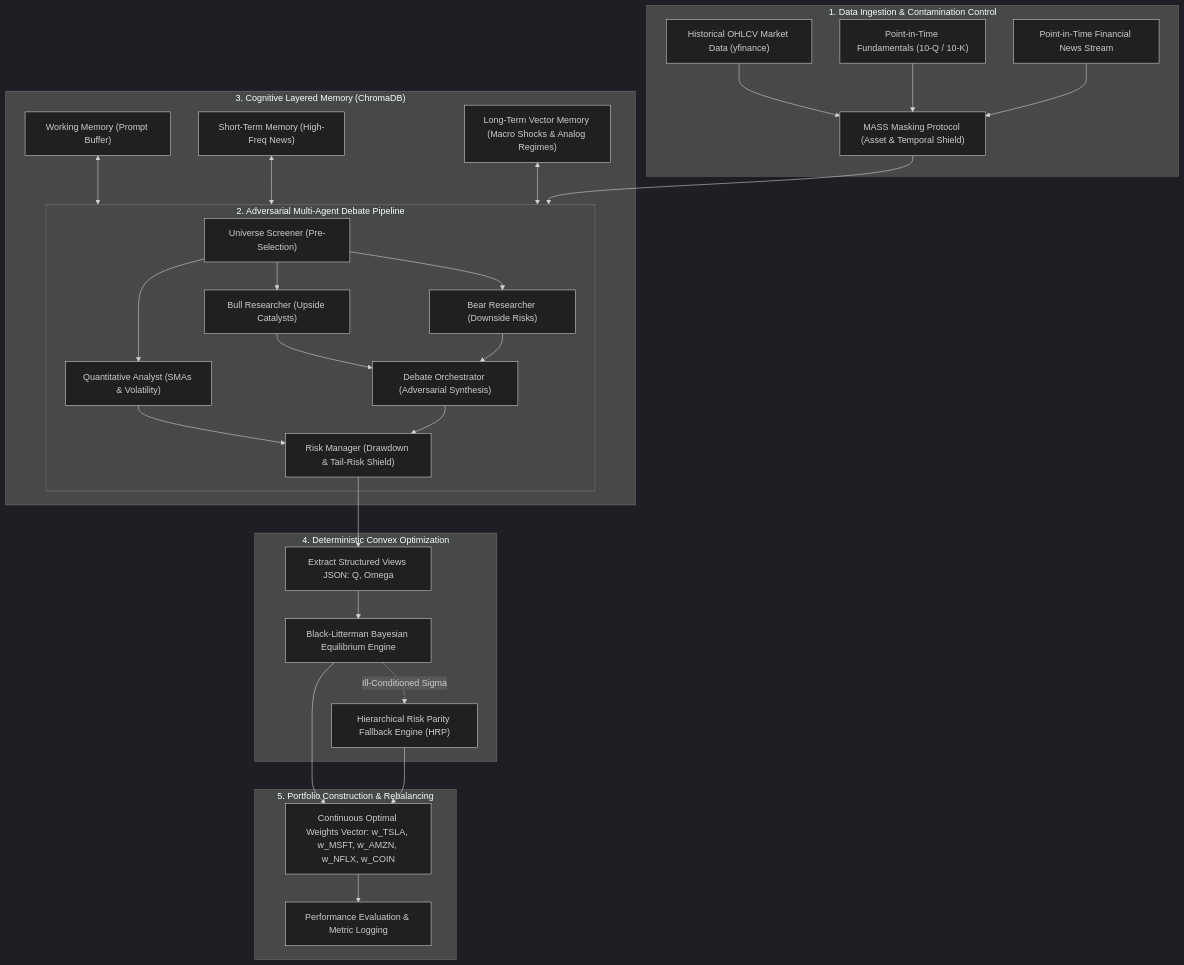
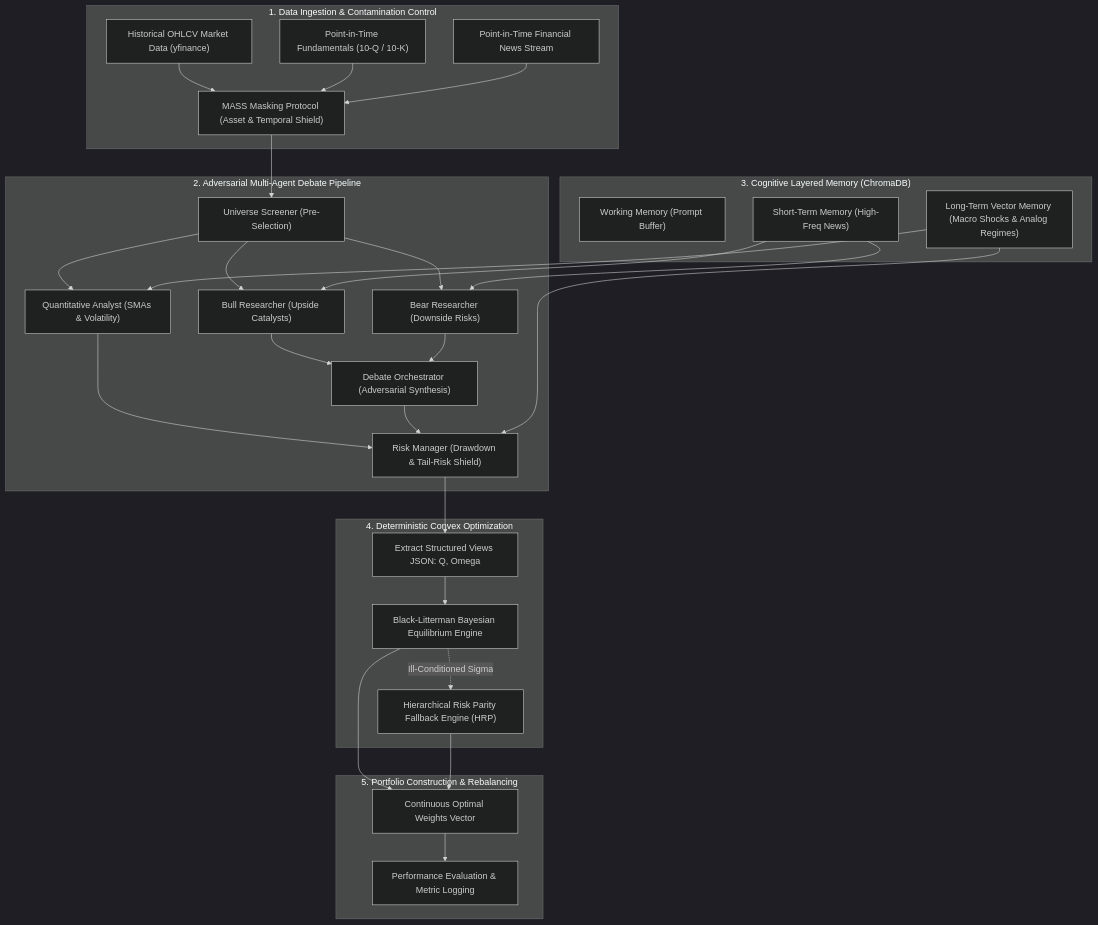
One commit to VibhorShukla-BHRT/Portfolio-Management changed the first of 8 diagrams in MASTER_PROJECT_DOCUMENTATION.md. Above: the diagram before and after it, drawn with Mermaid (dark theme). The commit also changed other lines of this file and 18 other files, not shown here.

````diff
--- a/MASTER_PROJECT_DOCUMENTATION.md
+++ b/MASTER_PROJECT_DOCUMENTATION.md
@@ -33,42 +33,51 @@
 ```mermaid
 flowchart TD
     subgraph Data["1. Data Ingestion & Contamination Control"]
         D1["Historical OHLCV Market Data (yfinance)"]
         D2["Point-in-Time Fundamentals (10-Q / 10-K)"]
         D3["Point-in-Time Financial News Stream"]
         D4["MASS Masking Protocol (Asset & Temporal Shield)"]
-        D1 & D2 & D3 --> D4
+        D1 --> D4
+        D2 --> D4
+        D3 --> D4
     end
 
     subgraph Agents["2. Adversarial Multi-Agent Debate Pipeline"]
         A1["Universe Screener (Pre-Selection)"] --> A2["Quantitative Analyst (SMAs & Volatility)"]
         A1 --> A3["Bull Researcher (Upside Catalysts)"]
         A1 --> A4["Bear Researcher (Downside Risks)"]
-        A3 & A4 --> A5["Debate Orchestrator (Adversarial Synthesis)"]
-        A2 & A5 --> A6["Risk Manager (Drawdown & Tail-Risk Shield)"]
+        A3 --> A5["Debate Orchestrator (Adversarial Synthesis)"]
+        A4 --> A5
+        A2 --> A6["Risk Manager (Drawdown & Tail-Risk Shield)"]
+        A5 --> A6
     end
 
     subgraph Memory["3. Cognitive Layered Memory (ChromaDB)"]
         M1["Working Memory (Prompt Buffer)"]
         M2["Short-Term Memory (High-Freq News)"]
         M3["Long-Term Vector Memory (Macro Shocks & Analog Regimes)"]
-        M1 & M2 & M3 <--> Agents
     end
 
     subgraph Solvers["4. Deterministic Convex Optimization"]
         S1["Extract Structured Views JSON: Q, Omega"]
         S2["Black-Litterman Bayesian Equilibrium Engine"]
         S3["Hierarchical Risk Parity Fallback Engine (HRP)"]
         A6 --> S1
         S1 --> S2
         S2 -.->|Ill-Conditioned Sigma| S3
     end
 
     subgraph Execution["5. Portfolio Construction & Rebalancing"]
-        E1["Continuous Optimal Weights Vector: w_TSLA, w_MSFT, w_AMZN, w_NFLX, w_COIN"]
+        E1["Continuous Optimal Weights Vector"]
         E2["Performance Evaluation & Metric Logging"]
-        S2 & S3 --> E1 --> E2
+        S2 --> E1
+        S3 --> E1
+        E1 --> E2
     end
 
-    D4 --> Agents
+    D4 --> A1
+    M2 --> A3
+    M2 --> A4
+    M3 --> A2
+    M3 --> A6
 ```
````
